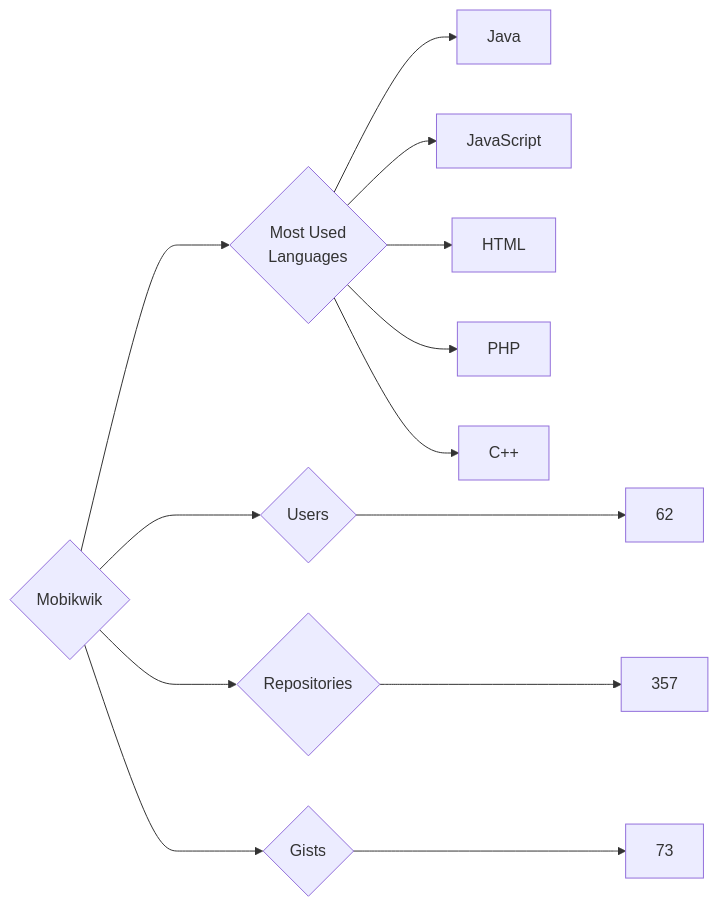
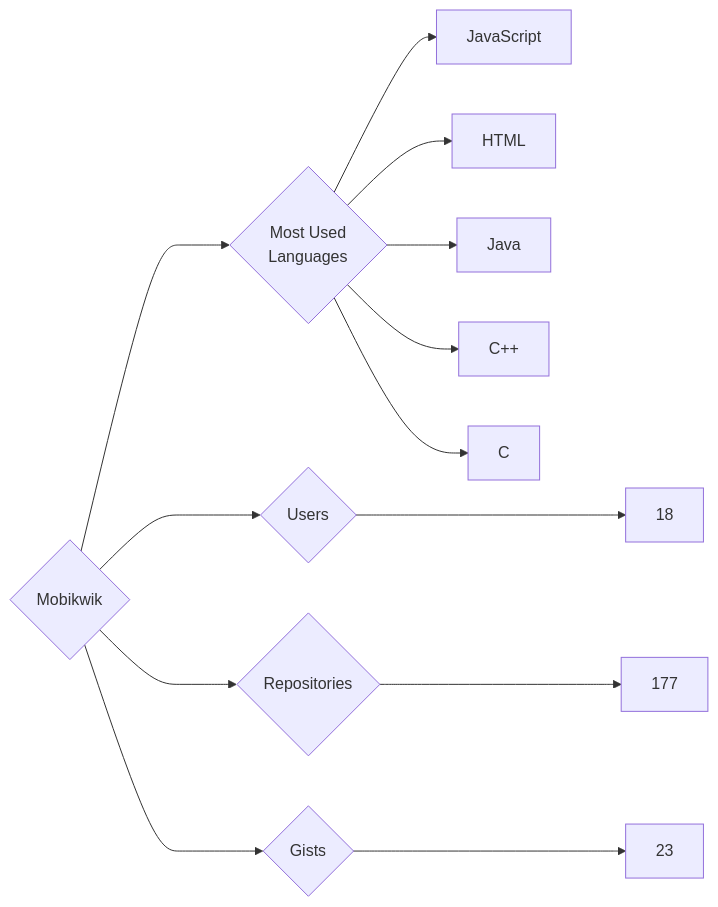
The diagram in targets/Mobikwik/README.md (trickest/insiders), drawn with Mermaid before and after one commit. The commit also changed 940 other files, not shown here.

````diff
--- a/targets/Mobikwik/README.md
+++ b/targets/Mobikwik/README.md
@@ -3,13 +3,13 @@
 ```mermaid
 graph LR
 COMPANY_NAME{Mobikwik}
-COMPANY_NAME ---> U{Users} ---> UN[62]
-COMPANY_NAME ---> R{Repositories} ---> RN[357]
-COMPANY_NAME ---> G{Gists} ---> GN[73]
+COMPANY_NAME ---> U{Users} ---> UN[18]
+COMPANY_NAME ---> R{Repositories} ---> RN[177]
+COMPANY_NAME ---> G{Gists} ---> GN[23]
 COMPANY_NAME ---> ML{Most Used<br>Languages}
-ML --> Java[Java]
 ML --> JavaScript[JavaScript]
 ML --> HTML[HTML]
-ML --> PHP[PHP]
+ML --> Java[Java]
 ML --> C++[C++]
+ML --> C[C]
 ```
````
